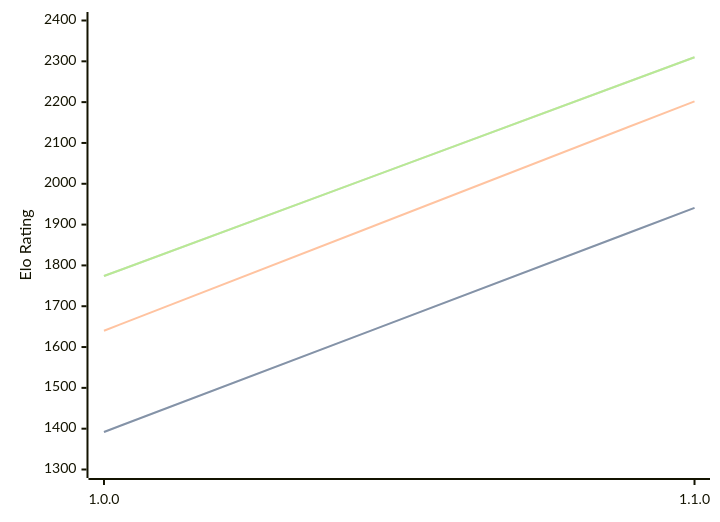
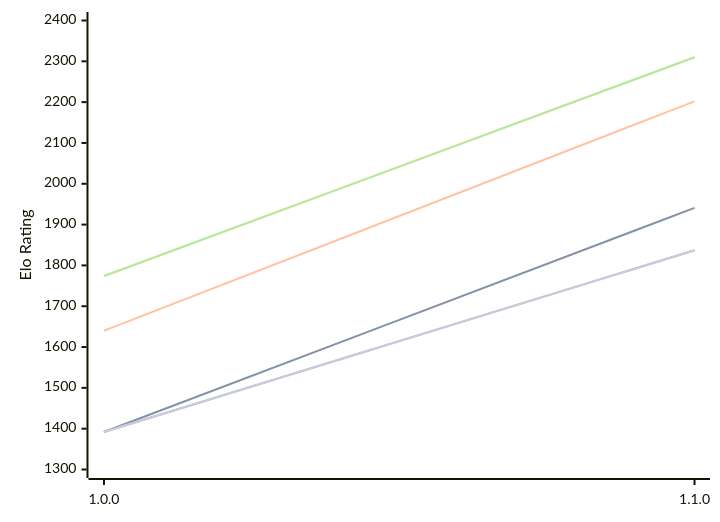
Before and after one commit to computer-chess-index/cci: the diagram in engines/Akerbeltz.md, drawn with Mermaid. The commit also changed other lines of this file, not shown here.

Commit message:
Update CCI Ratings (ELO VLTC) - 2026-10-11

````diff
--- a/engines/Akerbeltz.md
+++ b/engines/Akerbeltz.md
@@ -48,16 +48,13 @@
 ```mermaid
 %%{init: {"theme":"base","themeVariables":{"seriesColors:['#a3a3a3','#222221','#faa371']}}}%%
 xychart-beta
   x-axis ["1.0.0", "1.1.0"]
   y-axis "Elo Rating" 1300 --> 2400
   line "" [1392, 1941]
   line "T1: STC (8.0+0.08s)" [1392, 1941]
   line "T1: LTC (60.0+0.60s)" [1640, 2202]
   line "" [1774, 2310]
   line "T1: VLTC (2m24s+1.12s)" [1774, 2310]
-  line "" [1823]
-  line "E1: STC (8.0+0.08s)" [1823]
-  line "E1: LTC (60.0+0.60s)" [2102]
-  line "" [2210]
-  line "E1: VLTC (2m24s+1.12s)" [2210]
+  line "" [1392,1837]
+  line "E1: STC (8.0+0.08s)" [1392,1837]
 ```
````
